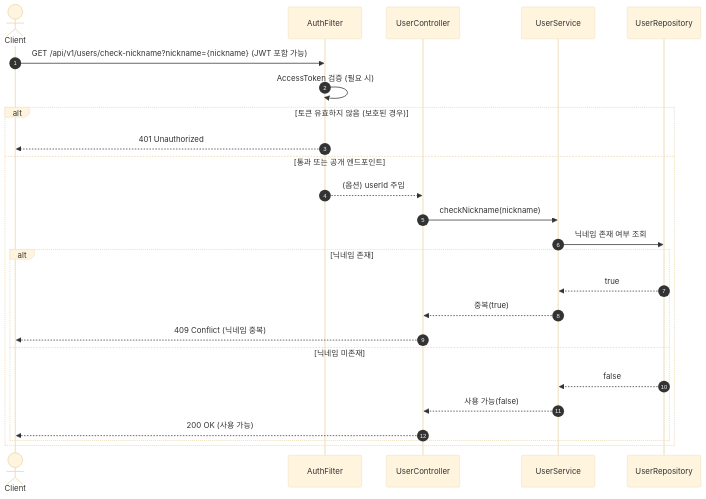
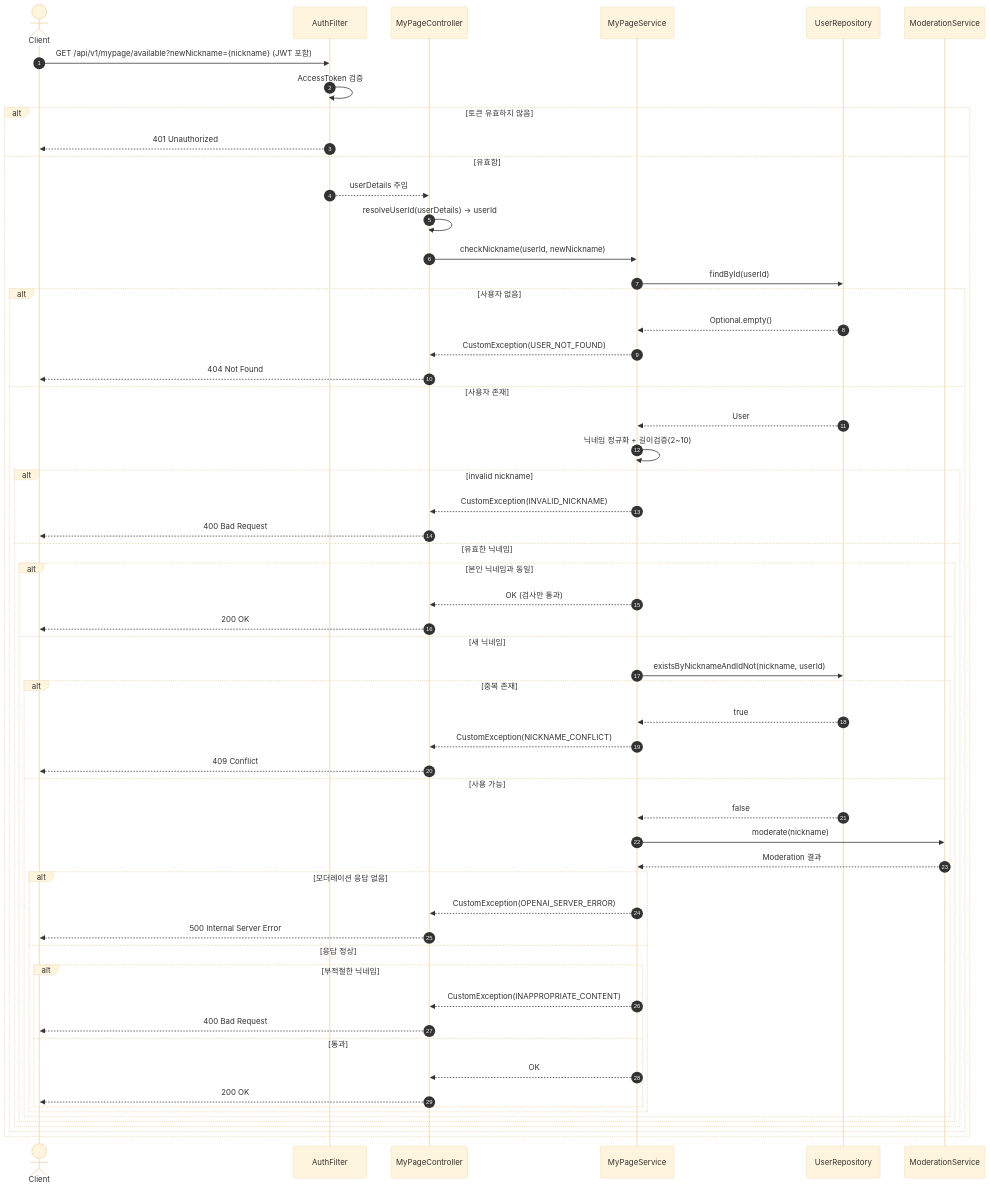
Before and after one commit to 2025-YU-SE-Project/Starlet_doc: diagram 27 of 36 in SDS/4_Sequence_diagram.md, drawn with Mermaid (base theme). The commit also changed other lines of this file, not shown here.

Commit message:
[UPDATE] 시퀀스 다이어그램

````diff
--- a/SDS/4_Sequence_diagram.md
+++ b/SDS/4_Sequence_diagram.md
@@ -1940,28 +1888,63 @@
 ```mermaid
 sequenceDiagram
     autonumber
     actor Client as Client
     participant AF as AuthFilter
-    participant UC as UserController
-    participant US as UserService
+    participant MPC as MyPageController
+    participant MPS as MyPageService
     participant UR as UserRepository
+    participant MS as ModerationService
 
-    Client->>AF: GET /api/v1/users/check-nickname?nickname={nickname} (JWT 포함 가능)
-    AF->>AF: AccessToken 검증 (필요 시)
-    alt 토큰 유효하지 않음 (보호된 경우)
+    Client->>AF: GET /api/v1/mypage/available?newNickname={nickname} (JWT 포함)
+    AF->>AF: AccessToken 검증
+    alt 토큰 유효하지 않음
         AF-->>Client: 401 Unauthorized
-    else 통과 또는 공개 엔드포인트
-        AF-->>UC: (옵션) userId 주입
-        UC->>US: checkNickname(nickname)
-        US->>UR: 닉네임 존재 여부 조회
-        alt 닉네임 존재
-            UR-->>US: true
-            US-->>UC: 중복(true)
-            UC-->>Client: 409 Conflict (닉네임 중복)
-        else 닉네임 미존재
-            UR-->>US: false
-            US-->>UC: 사용 가능(false)
-            UC-->>Client: 200 OK (사용 가능)
+    else 유효함
+        AF-->>MPC: userDetails 주입
+        MPC->>MPC: resolveUserId(userDetails) → userId
+        MPC->>MPS: checkNickname(userId, newNickname)
+
+        MPS->>UR: findById(userId)
+        alt 사용자 없음
+            UR-->>MPS: Optional.empty()
+            MPS-->>MPC: CustomException(USER_NOT_FOUND)
+            MPC-->>Client: 404 Not Found
+        else 사용자 존재
+            UR-->>MPS: User
+            MPS->>MPS: 닉네임 정규화 + 길이검증(2~10)
+            alt invalid nickname
+                MPS-->>MPC: CustomException(INVALID_NICKNAME)
+                MPC-->>Client: 400 Bad Request
+            else 유효한 닉네임
+                alt 본인 닉네임과 동일
+                    MPS-->>MPC: OK (검사만 통과)
+                    MPC-->>Client: 200 OK
+                else 새 닉네임
+                    MPS->>UR: existsByNicknameAndIdNot(nickname, userId)
+                    alt 중복 존재
+                        UR-->>MPS: true
+                        MPS-->>MPC: CustomException(NICKNAME_CONFLICT)
+                        MPC-->>Client: 409 Conflict
+                    else 사용 가능
+                        UR-->>MPS: false
+                        MPS->>MS: moderate(nickname)
+                        MS-->>MPS: Moderation 결과
+                        alt 모더레이션 응답 없음
+                            MPS-->>MPC: CustomException(OPENAI_SERVER_ERROR)
+                            MPC-->>Client: 500 Internal Server Error
+                        else 응답 정상
+                            alt 부적절한 닉네임
+                                MPS-->>MPC: CustomException(INAPPROPRIATE_CONTENT)
+                                MPC-->>Client: 400 Bad Request
+                            else 통과
+                                MPS-->>MPC: OK
+                                MPC-->>Client: 200 OK
+                            end
+                        end
+                    end
+                end
+            end
         end
     end
+
 ```
````
